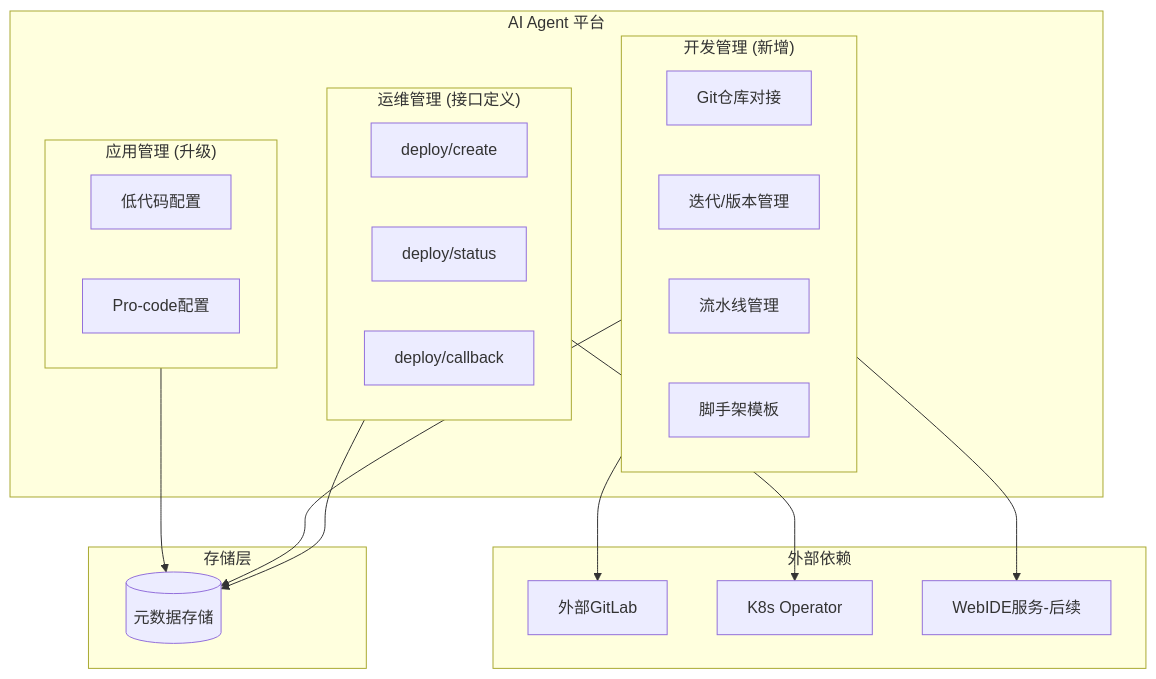
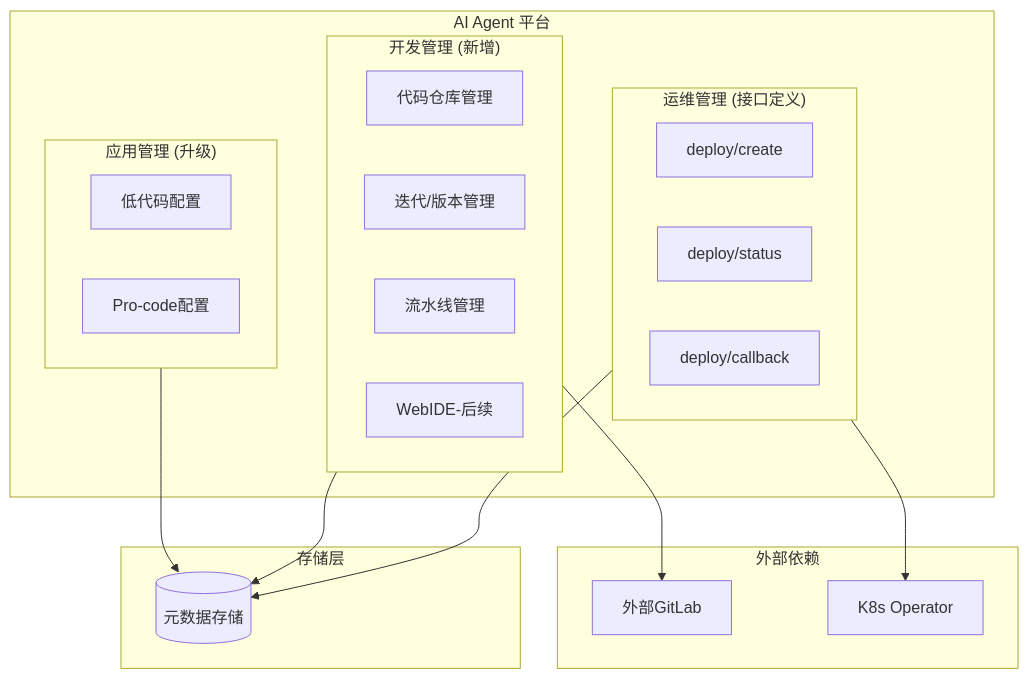
Before and after one commit to qdw497874677/high-code-doc: the first of 10 diagrams in docs/plans/procode-platform/hld/hld.md, drawn with Mermaid.

Commit message:
docs: 架构图优化，合并代码仓库管理，新增WebIDE

````diff
--- a/docs/plans/procode-platform/hld/hld.md
+++ b/docs/plans/procode-platform/hld/hld.md
@@ -37,39 +37,37 @@
 ```mermaid
 flowchart TB
     subgraph Platform["AI Agent 平台"]
         subgraph AppMgr["应用管理 (升级)"]
             LC[低代码配置]
             PC[Pro-code配置]
         end
         
         subgraph DevMgr["开发管理 (新增)"]
-            GR[Git仓库对接]
+            CRM[代码仓库管理]
             IM[迭代/版本管理]
             PM[流水线管理]
-            ST[脚手架模板]
+            WI[WebIDE-后续]
         end
         
         subgraph OpsMgr["运维管理 (接口定义)"]
             DC[deploy/create]
             DS[deploy/status]
             CB[deploy/callback]
         end
     end
     
     subgraph External["外部依赖"]
         GitLab[外部GitLab]
         K8s[K8s Operator]
-        WebIDE[WebIDE服务-后续]
     end
     
     subgraph Storage["存储层"]
         MySQL[(元数据存储)]
     end
     
     AppMgr --> MySQL
     DevMgr --> MySQL
     DevMgr --> GitLab
-    DevMgr --> WebIDE
     OpsMgr --> K8s
     OpsMgr --> MySQL
 ```
````
